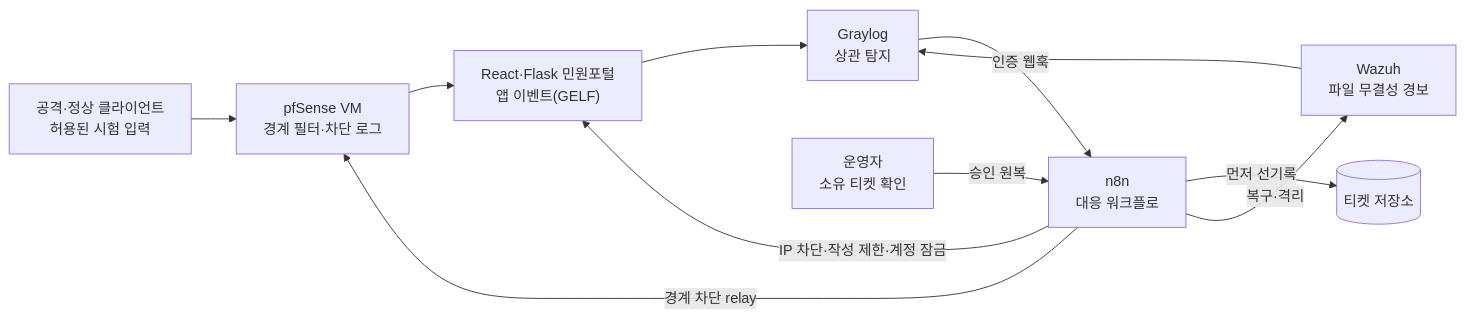
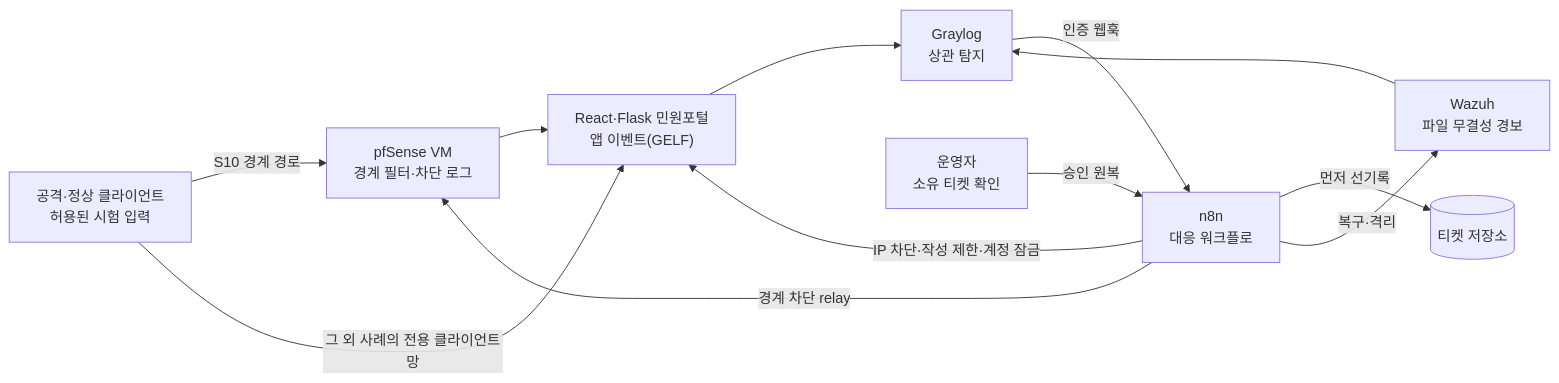
Before and after one commit to myeongjundev/haedam-soar-portfolio: the diagram in README.md, drawn with Mermaid. The commit also changed other lines of this file and 1 other file, not shown here.

````diff
--- a/README.md
+++ b/README.md
@@ -56,13 +76,14 @@
 ```mermaid
 flowchart LR
-  C["공격·정상 클라이언트<br/>허용된 시험 입력"] --> PF["pfSense VM<br/>경계 필터·차단 로그"]
+  C["공격·정상 클라이언트<br/>허용된 시험 입력"] -->|"S10 경계 경로"| PF["pfSense VM<br/>경계 필터·차단 로그"]
   PF --> P["React·Flask 민원포털<br/>앱 이벤트(GELF)"]
+  C -->|"그 외 사례의 전용 클라이언트망"| P
   P --> G["Graylog<br/>상관 탐지"]
   W["Wazuh<br/>파일 무결성 경보"] --> G
   G -->|"인증 웹훅"| N["n8n<br/>대응 워크플로"]
   N -->|"먼저 선기록"| T[("티켓 저장소")]
   N -->|"IP 차단·작성 제한·계정 잠금"| P
   N -->|"경계 차단 relay"| PF
   N -->|"복구·격리"| W
   O["운영자<br/>소유 티켓 확인"] -->|"승인 원복"| N
 ```
````
